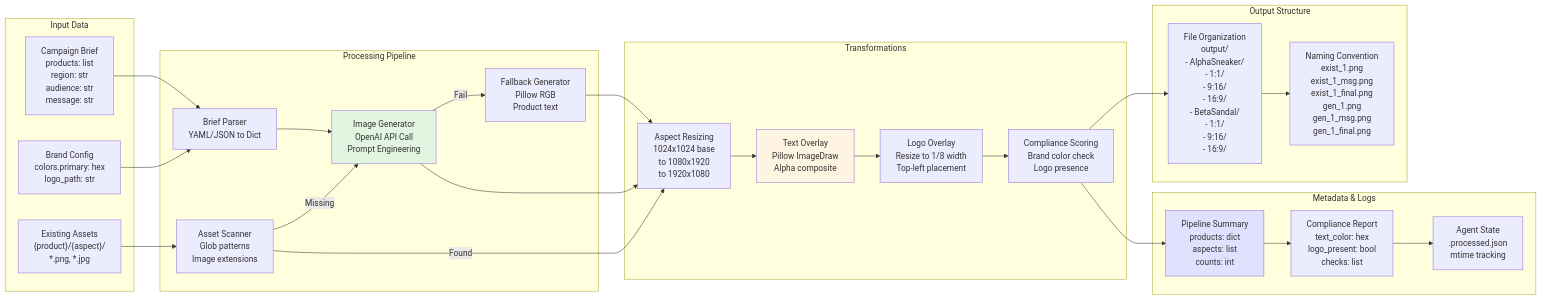
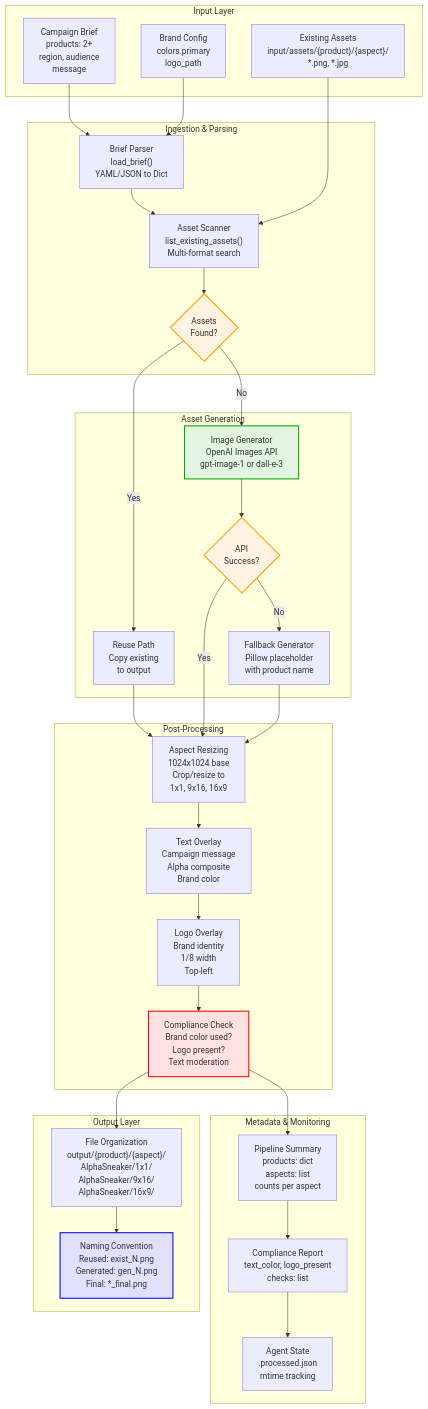
The diagram in docs/data_flow_diagram.mmd (geciciserkan/adobe-poc), drawn with Mermaid before and after one commit. The commit also changed 8 other files, not shown here.

```diff
--- a/docs/data_flow_diagram.mmd
+++ b/docs/data_flow_diagram.mmd
@@ -1,54 +1,65 @@
 %% Mermaid diagram: Data Flow & Transformations
-graph LR
-  subgraph "Input Data"
-    A1["Campaign Brief<br/>products: list<br/>region: str<br/>audience: str<br/>message: str"]
-    A2["Brand Config<br/>colors.primary: hex<br/>logo_path: str"]
-    A3["Existing Assets<br/>{product}/{aspect}/<br/>*.png, *.jpg"]
+flowchart TB
+  subgraph "Input Layer"
+    A1["Campaign Brief<br/>products: 2+<br/>region, audience<br/>message"]
+    A2["Brand Config<br/>colors.primary<br/>logo_path"]
+    A3["Existing Assets<br/>input/assets/{product}/{aspect}/<br/>*.png, *.jpg"]
   end
 
-  subgraph "Processing Pipeline"
-    B1["Brief Parser<br/>YAML/JSON to Dict"]
-    B2["Asset Scanner<br/>Glob patterns<br/>Image extensions"]
-    B3["Image Generator<br/>OpenAI API Call<br/>Prompt Engineering"]
-    B4["Fallback Generator<br/>Pillow RGB<br/>Product text"]
+  subgraph "Ingestion & Parsing"
+    B1["Brief Parser<br/>load_brief()<br/>YAML/JSON to Dict"]
+    B2["Asset Scanner<br/>list_existing_assets()<br/>Multi-format search"]
+    B3{"Assets<br/>Found?"}
   end
 
-  subgraph "Transformations"
-    C1["Aspect Resizing<br/>1024x1024 base<br/>to 1080x1920<br/>to 1920x1080"]
-    C2["Text Overlay<br/>Pillow ImageDraw<br/>Alpha composite"]
-    C3["Logo Overlay<br/>Resize to 1/8 width<br/>Top-left placement"]
-    C4["Compliance Scoring<br/>Brand color check<br/>Logo presence"]
+  subgraph "Asset Generation"
+    C1["Reuse Path<br/>Copy existing<br/>to output"]
+    C2["Image Generator<br/>OpenAI Images API<br/>gpt-image-1 or dall-e-3"]
+    C3["Fallback Generator<br/>Pillow placeholder<br/>with product name"]
+    C4{"API<br/>Success?"}
   end
 
-  subgraph "Output Structure"
-    D1["File Organization<br/>output/<br/>- AlphaSneaker/<br/>  - 1:1/<br/>  - 9:16/<br/>  - 16:9/<br/>- BetaSandal/<br/>  - 1:1/<br/>  - 9:16/<br/>  - 16:9/"]
-    D2["Naming Convention<br/>exist_1.png<br/>exist_1_msg.png<br/>exist_1_final.png<br/>gen_1.png<br/>gen_1_msg.png<br/>gen_1_final.png"]
+  subgraph "Post-Processing"
+    D1["Aspect Resizing<br/>1024x1024 base<br/>Crop/resize to<br/>1x1, 9x16, 16x9"]
+    D2["Text Overlay<br/>Campaign message<br/>Alpha composite<br/>Brand color"]
+    D3["Logo Overlay<br/>Brand identity<br/>1/8 width<br/>Top-left"]
+    D4["Compliance Check<br/>Brand color used?<br/>Logo present?<br/>Text moderation"]
   end
 
-  subgraph "Metadata & Logs"
-    E1["Pipeline Summary<br/>products: dict<br/>aspects: list<br/>counts: int"]
-    E2["Compliance Report<br/>text_color: hex<br/>logo_present: bool<br/>checks: list"]
-    E3["Agent State<br/>.processed.json<br/>mtime tracking"]
+  subgraph "Output Layer"
+    E1["File Organization<br/>output/{product}/{aspect}/<br/>AlphaSneaker/1x1/<br/>AlphaSneaker/9x16/<br/>AlphaSneaker/16x9/"]
+    E2["Naming Convention<br/>Reused: exist_N.png<br/>Generated: gen_N.png<br/>Final: *_final.png"]
+  end
+
+  subgraph "Metadata & Monitoring"
+    F1["Pipeline Summary<br/>products: dict<br/>aspects: list<br/>counts per aspect"]
+    F2["Compliance Report<br/>text_color, logo_present<br/>checks: list"]
+    F3["Agent State<br/>.processed.json<br/>mtime tracking"]
   end
 
   A1 --> B1
   A2 --> B1
   A3 --> B2
-  B1 --> B3
-  B2 -->|Missing| B3
-  B3 -->|Fail| B4
-  B2 -->|Found| C1
-  B3 --> C1
-  B4 --> C1
-  C1 --> C2
-  C2 --> C3
-  C3 --> C4
-  C4 --> D1
+  B1 --> B2
+  B2 --> B3
+  B3 -->|Yes| C1
+  B3 -->|No| C2
+  C2 --> C4
+  C4 -->|Yes| D1
+  C4 -->|No| C3
+  C1 --> D1
+  C3 --> D1
   D1 --> D2
-  C4 --> E1
+  D2 --> D3
+  D3 --> D4
+  D4 --> E1
   E1 --> E2
-  E2 --> E3
+  D4 --> F1
+  F1 --> F2
+  F2 --> F3
 
-  style B3 fill:#e1f5e1
-  style C2 fill:#fff4e1
-  style E1 fill:#e1e1ff
+  style B3 fill:#fff4e1,stroke:#f90,stroke-width:2px
+  style C2 fill:#e1f5e1,stroke:#0a0,stroke-width:2px
+  style C4 fill:#fff4e1,stroke:#f90,stroke-width:2px
+  style D4 fill:#ffe1e1,stroke:#f00,stroke-width:2px
+  style E2 fill:#e1e1ff,stroke:#00f,stroke-width:2px
```
